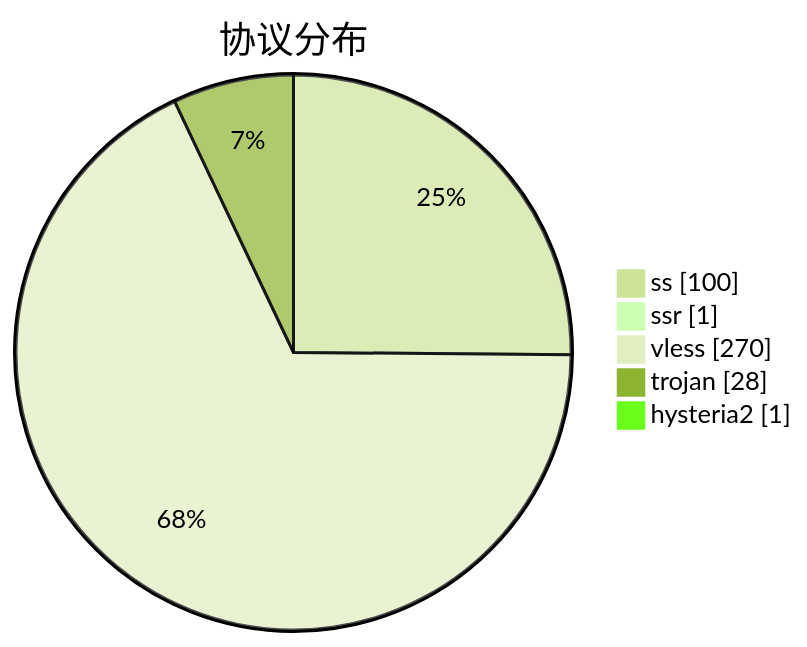
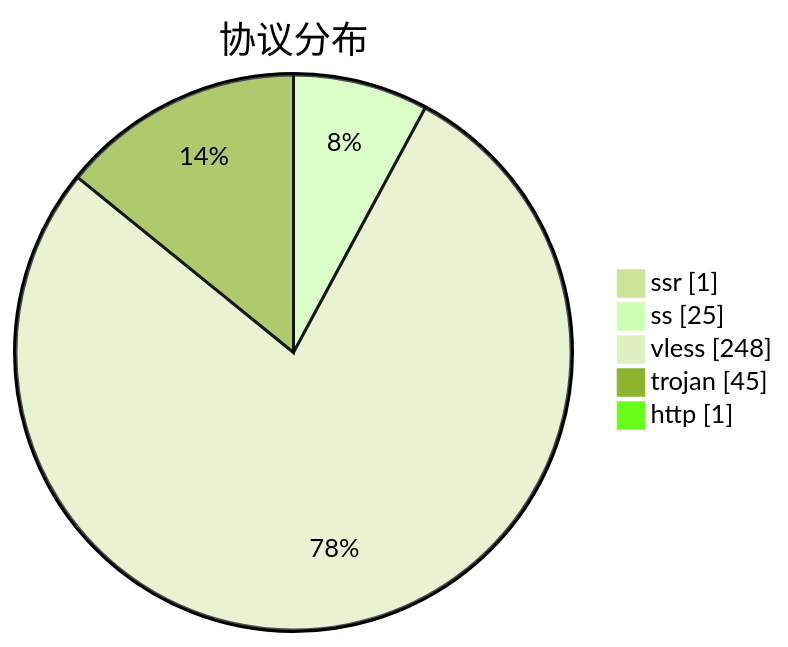
The third of 3 diagrams in subs/statistics/tested_within.md (qjlxg/airport), drawn with Mermaid (forest theme) before and after one commit. The commit also changed other lines of this file and 2 other files, not shown here.

````diff
--- a/subs/statistics/tested_within.md
+++ b/subs/statistics/tested_within.md
@@ -33,9 +30,9 @@
 ```mermaid
 pie showData
 title 协议分布
-"ss" : 100
 "ssr" : 1
-"vless" : 270
-"trojan" : 28
-"hysteria2" : 1
+"ss" : 25
+"vless" : 248
+"trojan" : 45
+"http" : 1
 ```
````
